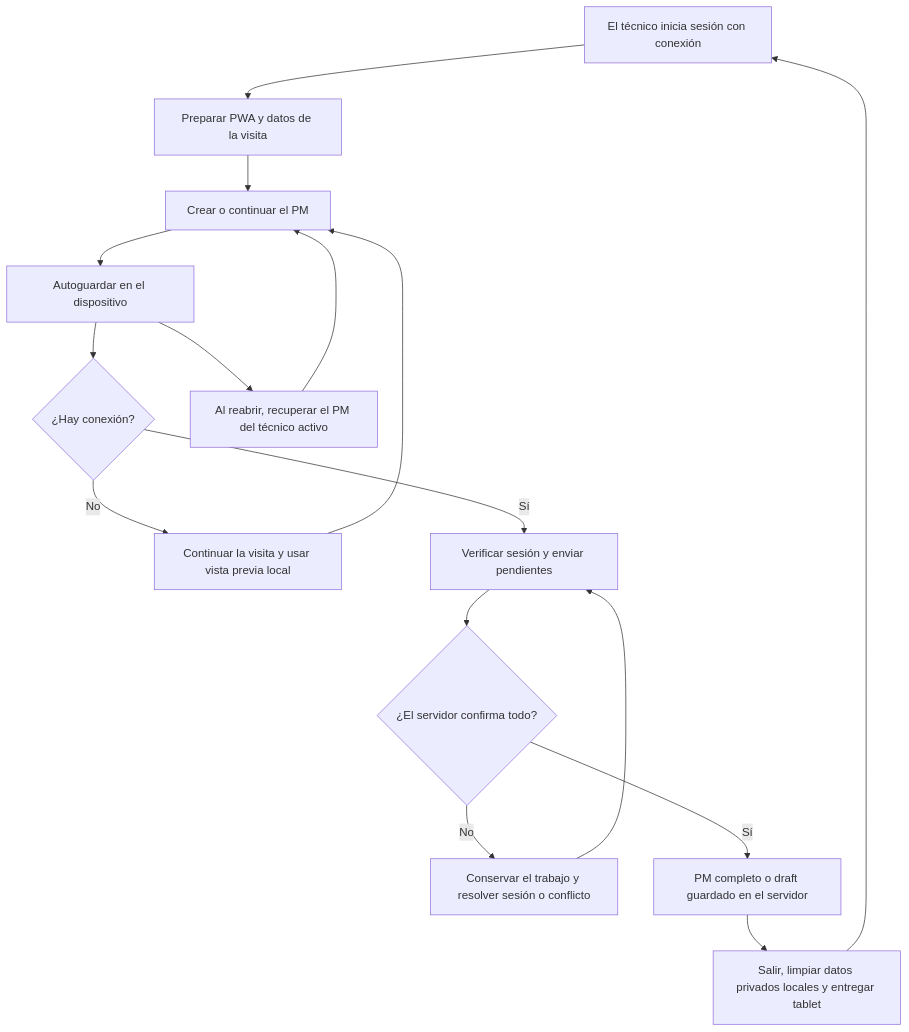
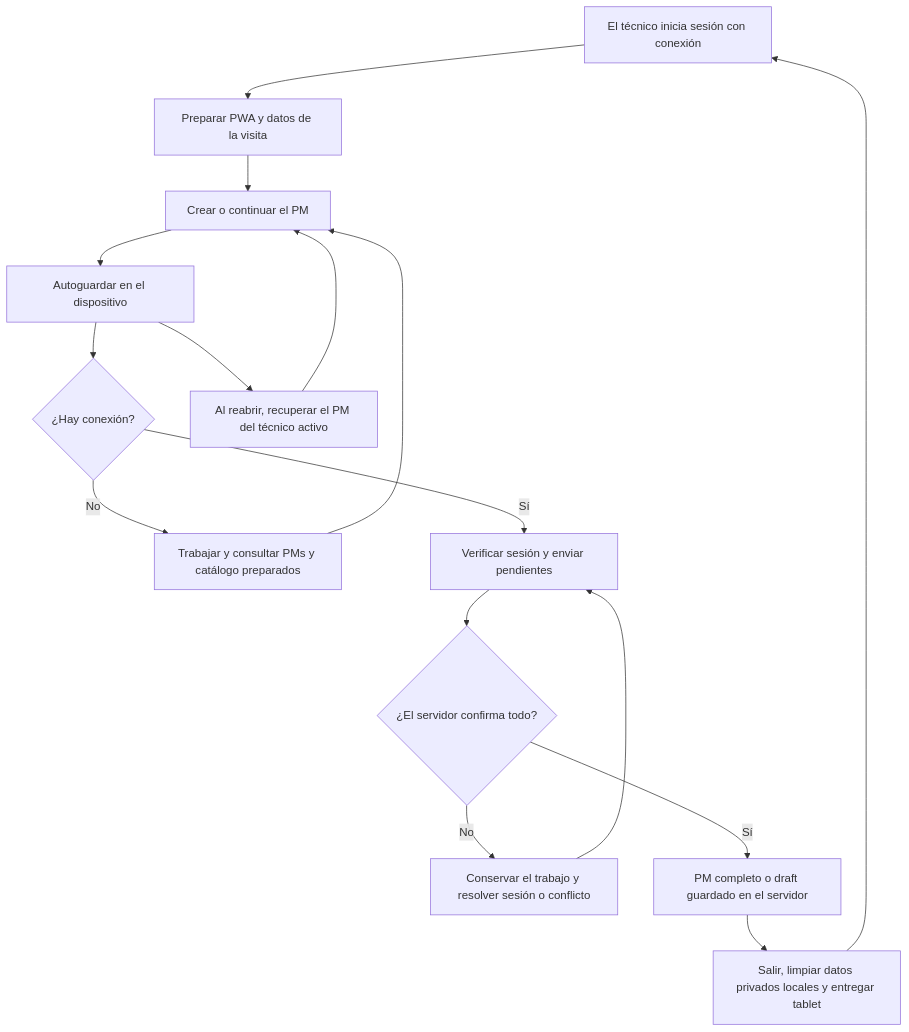
Before and after one commit to siilent95/AppCryonics: the first of 2 diagrams in docs/offline-persistence-plan.md, drawn with Mermaid. The commit also changed other lines of this file, not shown here.

````diff
--- a/docs/offline-persistence-plan.md
+++ b/docs/offline-persistence-plan.md
@@ -30,18 +35,18 @@
 ```mermaid
 flowchart TD
     A[El técnico inicia sesión con conexión] --> B[Preparar PWA y datos de la visita]
     B --> C[Crear o continuar el PM]
     C --> D[Autoguardar en el dispositivo]
     D --> E{¿Hay conexión?}
-    E -- No --> F[Continuar la visita y usar vista previa local]
+    E -- No --> F[Trabajar y consultar PMs y catálogo preparados]
     F --> C
     E -- Sí --> G[Verificar sesión y enviar pendientes]
     G --> H{¿El servidor confirma todo?}
     H -- No --> I[Conservar el trabajo y resolver sesión o conflicto]
     I --> G
     H -- Sí --> J[PM completo o draft guardado en el servidor]
     J --> K[Salir, limpiar datos privados locales y entregar tablet]
     K --> A
     D --> L[Al reabrir, recuperar el PM del técnico activo]
     L --> C
 ```
````
